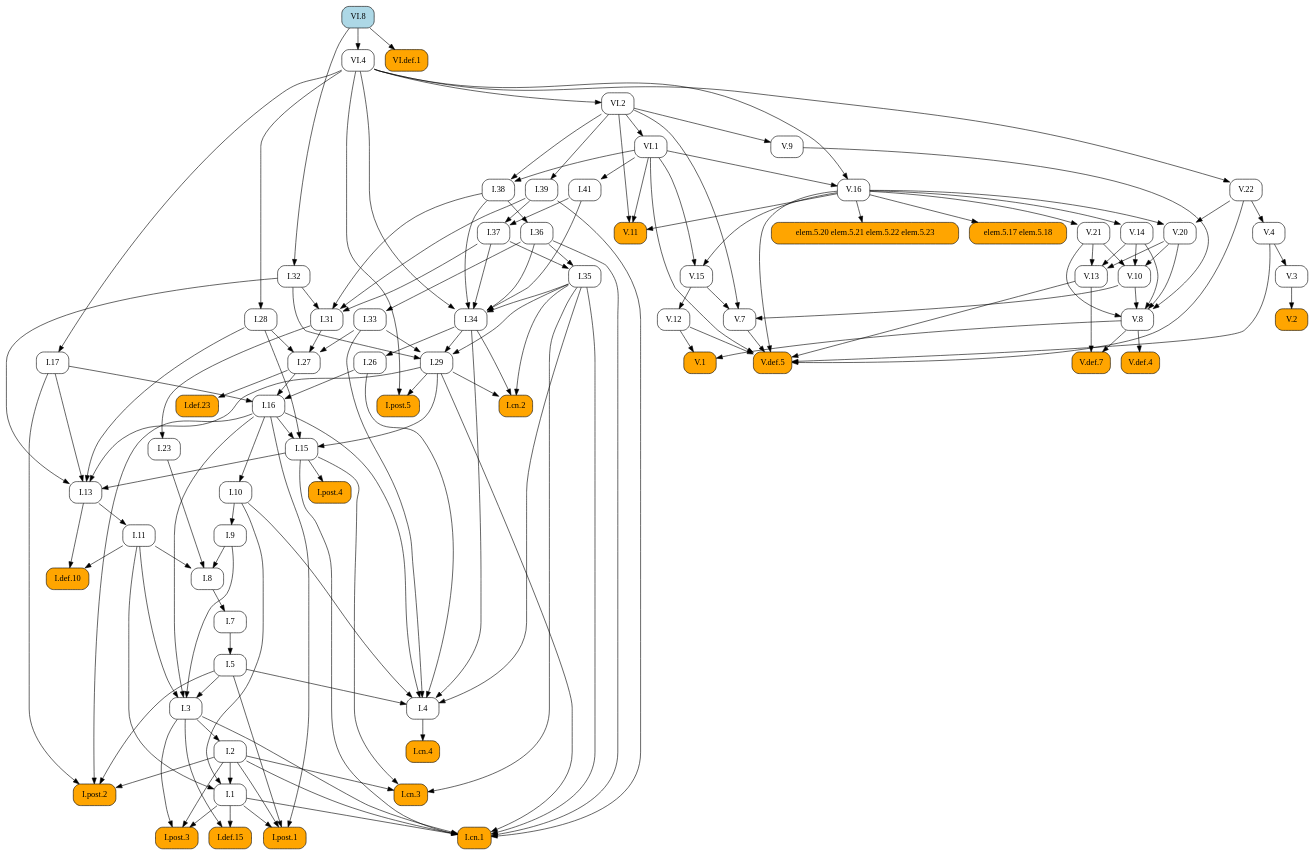
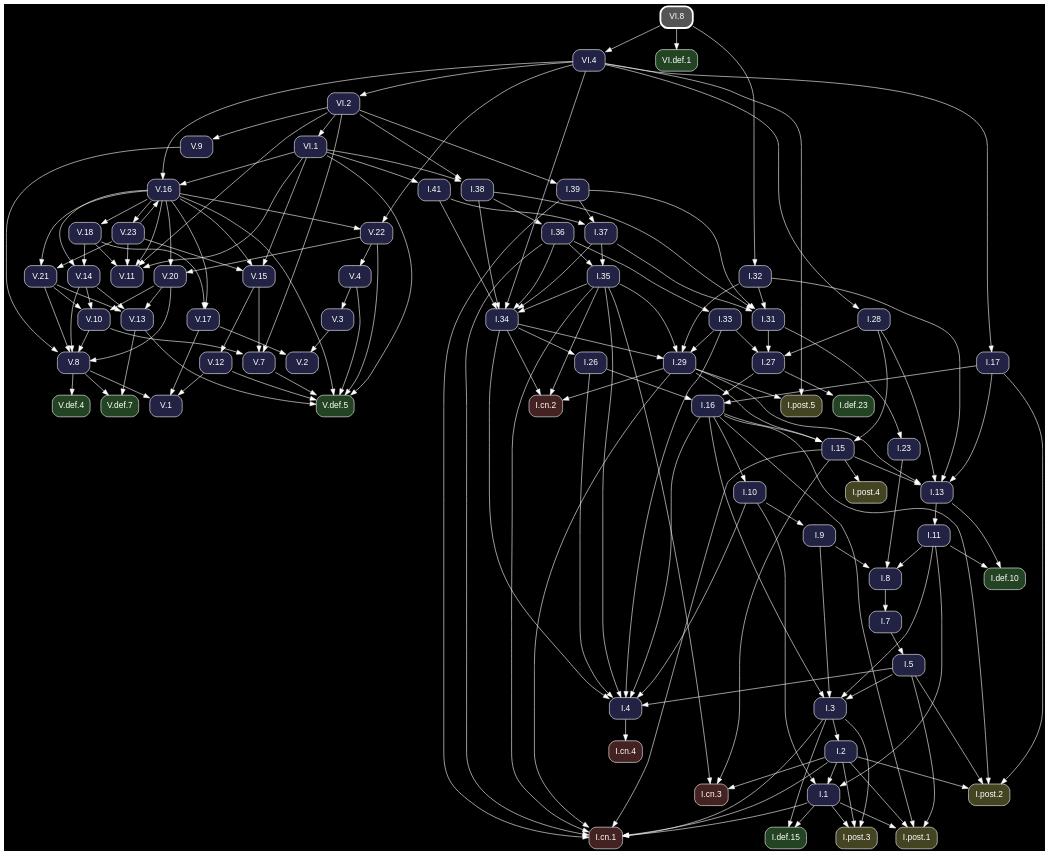
Before and after one commit to geometor/elements: the diagram in docsrc/heath/VI/8/index.rst, drawn with Graphviz. The commit also changed other lines of this file and 1200 other files, not shown here.

Commit message:
update dependency graphs

```diff
--- a/docsrc/heath/VI/8/index.rst
+++ b/docsrc/heath/VI/8/index.rst
@@ -58,185 +58,83 @@
 .. graphviz::
 
    digraph {
+     bgcolor="black";
+     node [shape=box, style="rounded,filled", fontname="Helvetica", color="white", fontcolor="white"];
+     edge [color="white", fontcolor="white"];
      rankdir="TB";
-     node [shape=box, style=rounded];
-     "I.23" [URL="/heath/I/23/", target="_top"];
-     "I.9" [URL="/heath/I/9/", target="_top"];
-     "VI.def.1" [style="rounded,filled", fillcolor=orange, URL="/heath/VI/def.1/", target="_top"];
-     "V.13" [URL="/heath/V/13/", target="_top"];
-     "I.def.15" [style="rounded,filled", fillcolor=orange, URL="/heath/I/def.15/", target="_top"];
-     "V.7" [URL="/heath/V/7/", target="_top"];
-     "elem.5.17 elem.5.18" [style="rounded,filled", fillcolor=orange];
-     "I.post.1" [style="rounded,filled", fillcolor=orange, URL="/heath/I/post.1/", target="_top"];
-     "V.14" [URL="/heath/V/14/", target="_top"];
-     "V.9" [URL="/heath/V/9/", target="_top"];
-     "I.31" [URL="/heath/I/31/", target="_top"];
-     "I.def.10" [style="rounded,filled", fillcolor=orange, URL="/heath/I/def.10/", target="_top"];
-     "V.10" [URL="/heath/V/10/", target="_top"];
-     "V.4" [URL="/heath/V/4/", target="_top"];
-     "VI.1" [URL="/heath/VI/1/", target="_top"];
-     "I.39" [URL="/heath/I/39/", target="_top"];
-     "V.11" [style="rounded,filled", fillcolor=orange, URL="/heath/V/11/", target="_top"];
-     "I.34" [URL="/heath/I/34/", target="_top"];
-     "I.3" [URL="/heath/I/3/", target="_top"];
-     "V.def.4" [style="rounded,filled", fillcolor=orange, URL="/heath/V/def.4/", target="_top"];
-     "V.def.7" [style="rounded,filled", fillcolor=orange, URL="/heath/V/def.7/", target="_top"];
-     "V.21" [URL="/heath/V/21/", target="_top"];
-     "I.2" [URL="/heath/I/2/", target="_top"];
-     "V.3" [URL="/heath/V/3/", target="_top"];
-     "I.13" [URL="/heath/I/13/", target="_top"];
-     "I.post.4" [style="rounded,filled", fillcolor=orange, URL="/heath/I/post.4/", target="_top"];
-     "I.4" [URL="/heath/I/4/", target="_top"];
-     "I.1" [URL="/heath/I/1/", target="_top"];
-     "I.17" [URL="/heath/I/17/", target="_top"];
-     "I.8" [URL="/heath/I/8/", target="_top"];
-     "I.29" [URL="/heath/I/29/", target="_top"];
-     "I.38" [URL="/heath/I/38/", target="_top"];
-     "V.8" [URL="/heath/V/8/", target="_top"];
-     "I.15" [URL="/heath/I/15/", target="_top"];
-     "I.10" [URL="/heath/I/10/", target="_top"];
-     "I.11" [URL="/heath/I/11/", target="_top"];
-     "I.def.23" [style="rounded,filled", fillcolor=orange, URL="/heath/I/def.23/", target="_top"];
-     "VI.8" [style="rounded,filled", fillcolor=lightblue, URL="/heath/VI/8/", target="_top"];
-     "VI.4" [URL="/heath/VI/4/", target="_top"];
-     "I.26" [URL="/heath/I/26/", target="_top"];
-     "V.16" [URL="/heath/V/16/", target="_top"];
-     "I.33" [URL="/heath/I/33/", target="_top"];
-     "I.32" [URL="/heath/I/32/", target="_top"];
-     "I.post.3" [style="rounded,filled", fillcolor=orange, URL="/heath/I/post.3/", target="_top"];
-     "V.def.5" [style="rounded,filled", fillcolor=orange, URL="/heath/V/def.5/", target="_top"];
-     "I.27" [URL="/heath/I/27/", target="_top"];
-     "V.20" [URL="/heath/V/20/", target="_top"];
-     "V.12" [URL="/heath/V/12/", target="_top"];
-     "V.2" [style="rounded,filled", fillcolor=orange, URL="/heath/V/2/", target="_top"];
-     "I.cn.1" [style="rounded,filled", fillcolor=orange, URL="/heath/I/cn.1/", target="_top"];
-     "I.35" [URL="/heath/I/35/", target="_top"];
-     "I.7" [URL="/heath/I/7/", target="_top"];
-     "I.36" [URL="/heath/I/36/", target="_top"];
-     "I.5" [URL="/heath/I/5/", target="_top"];
-     "I.37" [URL="/heath/I/37/", target="_top"];
-     "I.cn.3" [style="rounded,filled", fillcolor=orange, URL="/heath/I/cn.3/", target="_top"];
-     "I.16" [URL="/heath/I/16/", target="_top"];
-     "V.22" [URL="/heath/V/22/", target="_top"];
-     "V.1" [style="rounded,filled", fillcolor=orange, URL="/heath/V/1/", target="_top"];
-     "I.cn.2" [style="rounded,filled", fillcolor=orange, URL="/heath/I/cn.2/", target="_top"];
-     "I.post.5" [style="rounded,filled", fillcolor=orange, URL="/heath/I/post.5/", target="_top"];
-     "I.28" [URL="/heath/I/28/", target="_top"];
-     "VI.2" [URL="/heath/VI/2/", target="_top"];
-     "I.cn.4" [style="rounded,filled", fillcolor=orange, URL="/heath/I/cn.4/", target="_top"];
-     "I.post.2" [style="rounded,filled", fillcolor=orange, URL="/heath/I/post.2/", target="_top"];
-     "V.15" [URL="/heath/V/15/", target="_top"];
-     "I.41" [URL="/heath/I/41/", target="_top"];
-     "elem.5.20 elem.5.21 elem.5.22 elem.5.23" [style="rounded,filled", fillcolor=orange];
-     "I.31" -> "I.23";
-     "I.10" -> "I.9";
-     "VI.8" -> "VI.def.1";
-     "V.14" -> "V.13";
-     "V.20" -> "V.13";
-     "V.21" -> "V.13";
-     "I.1" -> "I.def.15";
-     "I.3" -> "I.def.15";
-     "V.10" -> "V.7";
-     "V.15" -> "V.7";
-     "VI.2" -> "V.7";
-     "V.16" -> "elem.5.17 elem.5.18";
-     "I.1" -> "I.post.1";
-     "I.2" -> "I.post.1";
-     "I.5" -> "I.post.1";
-     "I.16" -> "I.post.1";
-     "V.16" -> "V.14";
-     "VI.2" -> "V.9";
-     "I.32" -> "I.31";
-     "I.37" -> "I.31";
-     "I.38" -> "I.31";
-     "I.39" -> "I.31";
-     "I.11" -> "I.def.10";
-     "I.13" -> "I.def.10";
-     "V.14" -> "V.10";
-     "V.20" -> "V.10";
-     "V.21" -> "V.10";
-     "V.22" -> "V.4";
-     "VI.2" -> "VI.1";
-     "VI.2" -> "I.39";
-     "V.16" -> "V.11";
-     "VI.1" -> "V.11";
-     "VI.2" -> "V.11";
-     "I.35" -> "I.34";
-     "I.36" -> "I.34";
-     "I.37" -> "I.34";
-     "I.38" -> "I.34";
-     "I.41" -> "I.34";
-     "VI.4" -> "I.34";
-     "I.5" -> "I.3";
-     "I.9" -> "I.3";
-     "I.11" -> "I.3";
-     "I.16" -> "I.3";
-     "V.8" -> "V.def.4";
-     "V.8" -> "V.def.7";
-     "V.13" -> "V.def.7";
-     "V.16" -> "V.21";
-     "I.3" -> "I.2";
-     "V.4" -> "V.3";
-     "I.15" -> "I.13";
-     "I.17" -> "I.13";
-     "I.28" -> "I.13";
-     "I.29" -> "I.13";
-     "I.32" -> "I.13";
-     "I.15" -> "I.post.4";
-     "I.5" -> "I.4";
-     "I.10" -> "I.4";
-     "I.16" -> "I.4";
-     "I.26" -> "I.4";
-     "I.33" -> "I.4";
-     "I.34" -> "I.4";
-     "I.35" -> "I.4";
-     "I.2" -> "I.1";
-     "I.10" -> "I.1";
-     "I.11" -> "I.1";
-     "VI.4" -> "I.17";
-     "I.9" -> "I.8";
-     "I.11" -> "I.8";
-     "I.23" -> "I.8";
-     "I.32" -> "I.29";
-     "I.33" -> "I.29";
-     "I.34" -> "I.29";
-     "I.35" -> "I.29";
-     "VI.1" -> "I.38";
-     "VI.2" -> "I.38";
-     "V.9" -> "V.8";
-     "V.10" -> "V.8";
-     "V.14" -> "V.8";
-     "V.20" -> "V.8";
-     "V.21" -> "V.8";
-     "I.16" -> "I.15";
-     "I.28" -> "I.15";
-     "I.29" -> "I.15";
-     "I.16" -> "I.10";
-     "I.13" -> "I.11";
-     "I.27" -> "I.def.23";
-     "VI.8" -> "VI.4";
-     "I.34" -> "I.26";
-     "VI.1" -> "V.16";
-     "VI.4" -> "V.16";
-     "I.36" -> "I.33";
+     "V.15" [fillcolor="#222244", URL="/heath/V/15/", target="_top"];
+     "I.32" [fillcolor="#222244", URL="/heath/I/32/", target="_top"];
+     "I.cn.1" [fillcolor="#442222", URL="/heath/I/cn.1/", target="_top"];
+     "V.18" [fillcolor="#222244", URL="/heath/V/18/", target="_top"];
+     "V.14" [fillcolor="#222244", URL="/heath/V/14/", target="_top"];
+     "I.28" [fillcolor="#222244", URL="/heath/I/28/", target="_top"];
+     "I.27" [fillcolor="#222244", URL="/heath/I/27/", target="_top"];
+     "V.23" [fillcolor="#222244", URL="/heath/V/23/", target="_top"];
+     "I.2" [fillcolor="#222244", URL="/heath/I/2/", target="_top"];
+     "I.41" [fillcolor="#222244", URL="/heath/I/41/", target="_top"];
+     "I.post.4" [fillcolor="#444422", URL="/heath/I/post.4/", target="_top"];
+     "I.26" [fillcolor="#222244", URL="/heath/I/26/", target="_top"];
+     "I.8" [fillcolor="#222244", URL="/heath/I/8/", target="_top"];
+     "V.4" [fillcolor="#222244", URL="/heath/V/4/", target="_top"];
+     "V.16" [fillcolor="#222244", URL="/heath/V/16/", target="_top"];
+     "VI.2" [fillcolor="#222244", URL="/heath/VI/2/", target="_top"];
+     "I.7" [fillcolor="#222244", URL="/heath/I/7/", target="_top"];
+     "I.5" [fillcolor="#222244", URL="/heath/I/5/", target="_top"];
+     "V.11" [fillcolor="#222244", URL="/heath/V/11/", target="_top"];
+     "V.def.4" [fillcolor="#224422", URL="/heath/V/def.4/", target="_top"];
+     "V.20" [fillcolor="#222244", URL="/heath/V/20/", target="_top"];
+     "I.11" [fillcolor="#222244", URL="/heath/I/11/", target="_top"];
+     "I.37" [fillcolor="#222244", URL="/heath/I/37/", target="_top"];
+     "I.cn.3" [fillcolor="#442222", URL="/heath/I/cn.3/", target="_top"];
+     "I.36" [fillcolor="#222244", URL="/heath/I/36/", target="_top"];
+     "I.38" [fillcolor="#222244", URL="/heath/I/38/", target="_top"];
+     "I.post.2" [fillcolor="#444422", URL="/heath/I/post.2/", target="_top"];
+     "I.def.23" [fillcolor="#224422", URL="/heath/I/def.23/", target="_top"];
+     "I.35" [fillcolor="#222244", URL="/heath/I/35/", target="_top"];
+     "I.post.3" [fillcolor="#444422", URL="/heath/I/post.3/", target="_top"];
+     "V.13" [fillcolor="#222244", URL="/heath/V/13/", target="_top"];
+     "V.8" [fillcolor="#222244", URL="/heath/V/8/", target="_top"];
+     "I.33" [fillcolor="#222244", URL="/heath/I/33/", target="_top"];
+     "V.10" [fillcolor="#222244", URL="/heath/V/10/", target="_top"];
+     "I.17" [fillcolor="#222244", URL="/heath/I/17/", target="_top"];
+     "V.def.5" [fillcolor="#224422", URL="/heath/V/def.5/", target="_top"];
+     "V.22" [fillcolor="#222244", URL="/heath/V/22/", target="_top"];
+     "I.31" [fillcolor="#222244", URL="/heath/I/31/", target="_top"];
+     "I.3" [fillcolor="#222244", URL="/heath/I/3/", target="_top"];
+     "V.12" [fillcolor="#222244", URL="/heath/V/12/", target="_top"];
+     "I.def.10" [fillcolor="#224422", URL="/heath/I/def.10/", target="_top"];
+     "I.15" [fillcolor="#222244", URL="/heath/I/15/", target="_top"];
+     "I.39" [fillcolor="#222244", URL="/heath/I/39/", target="_top"];
+     "I.13" [fillcolor="#222244", URL="/heath/I/13/", target="_top"];
+     "I.cn.2" [fillcolor="#442222", URL="/heath/I/cn.2/", target="_top"];
+     "I.9" [fillcolor="#222244", URL="/heath/I/9/", target="_top"];
+     "VI.def.1" [fillcolor="#224422", URL="/heath/VI/def.1/", target="_top"];
+     "I.1" [fillcolor="#222244", URL="/heath/I/1/", target="_top"];
+     "I.post.5" [fillcolor="#444422", URL="/heath/I/post.5/", target="_top"];
+     "VI.8" [penwidth=3, color="white", fillcolor="#555555", URL="/heath/VI/8/", target="_top"];
+     "I.23" [fillcolor="#222244", URL="/heath/I/23/", target="_top"];
+     "I.4" [fillcolor="#222244", URL="/heath/I/4/", target="_top"];
+     "VI.4" [fillcolor="#222244", URL="/heath/VI/4/", target="_top"];
+     "V.7" [fillcolor="#222244", URL="/heath/V/7/", target="_top"];
+     "V.9" [fillcolor="#222244", URL="/heath/V/9/", target="_top"];
+     "VI.1" [fillcolor="#222244", URL="/heath/VI/1/", target="_top"];
+     "I.10" [fillcolor="#222244", URL="/heath/I/10/", target="_top"];
+     "V.def.7" [fillcolor="#224422", URL="/heath/V/def.7/", target="_top"];
+     "I.post.1" [fillcolor="#444422", URL="/heath/I/post.1/", target="_top"];
+     "I.16" [fillcolor="#222244", URL="/heath/I/16/", target="_top"];
+     "I.29" [fillcolor="#222244", URL="/heath/I/29/", target="_top"];
+     "I.cn.4" [fillcolor="#442222", URL="/heath/I/cn.4/", target="_top"];
+     "V.2" [fillcolor="#222244", URL="/heath/V/2/", target="_top"];
+     "V.1" [fillcolor="#222244", URL="/heath/V/1/", target="_top"];
+     "V.21" [fillcolor="#222244", URL="/heath/V/21/", target="_top"];
+     "I.34" [fillcolor="#222244", URL="/heath/I/34/", target="_top"];
+     "I.def.15" [fillcolor="#224422", URL="/heath/I/def.15/", target="_top"];
+     "V.3" [fillcolor="#222244", URL="/heath/V/3/", target="_top"];
+     "V.17" [fillcolor="#222244", URL="/heath/V/17/", target="_top"];
+     "V.16" -> "V.15";
+     "V.23" -> "V.15";
+     "VI.1" -> "V.15";
      "VI.8" -> "I.32";
-     "I.1" -> "I.post.3";
-     "I.2" -> "I.post.3";
-     "I.3" -> "I.post.3";
-     "V.4" -> "V.def.5";
-     "V.7" -> "V.def.5";
-     "V.12" -> "V.def.5";
-     "V.13" -> "V.def.5";
-     "V.16" -> "V.def.5";
-     "V.22" -> "V.def.5";
-     "VI.1" -> "V.def.5";
-     "I.28" -> "I.27";
-     "I.31" -> "I.27";
-     "I.33" -> "I.27";
-     "V.16" -> "V.20";
-     "V.22" -> "V.20";
-     "V.15" -> "V.12";
-     "V.3" -> "V.2";
      "I.1" -> "I.cn.1";
      "I.2" -> "I.cn.1";
      "I.3" -> "I.cn.1";
@@ -245,36 +143,152 @@
      "I.35" -> "I.cn.1";
      "I.36" -> "I.cn.1";
      "I.39" -> "I.cn.1";
-     "I.36" -> "I.35";
-     "I.37" -> "I.35";
+     "V.16" -> "V.18";
+     "V.16" -> "V.14";
+     "V.18" -> "V.14";
+     "VI.4" -> "I.28";
+     "I.28" -> "I.27";
+     "I.31" -> "I.27";
+     "I.33" -> "I.27";
+     "V.16" -> "V.23";
+     "I.3" -> "I.2";
+     "VI.1" -> "I.41";
+     "I.15" -> "I.post.4";
+     "I.34" -> "I.26";
+     "I.9" -> "I.8";
+     "I.11" -> "I.8";
+     "I.23" -> "I.8";
+     "V.22" -> "V.4";
+     "V.23" -> "V.16";
+     "VI.1" -> "V.16";
+     "VI.4" -> "V.16";
+     "VI.4" -> "VI.2";
      "I.8" -> "I.7";
-     "I.38" -> "I.36";
      "I.7" -> "I.5";
+     "V.16" -> "V.11";
+     "V.18" -> "V.11";
+     "V.23" -> "V.11";
+     "VI.1" -> "V.11";
+     "VI.2" -> "V.11";
+     "V.8" -> "V.def.4";
+     "V.16" -> "V.20";
+     "V.22" -> "V.20";
+     "I.13" -> "I.11";
      "I.39" -> "I.37";
      "I.41" -> "I.37";
      "I.2" -> "I.cn.3";
      "I.15" -> "I.cn.3";
      "I.35" -> "I.cn.3";
-     "I.17" -> "I.16";
-     "I.26" -> "I.16";
-     "I.27" -> "I.16";
-     "VI.4" -> "V.22";
-     "V.8" -> "V.1";
-     "V.12" -> "V.1";
-     "I.29" -> "I.cn.2";
-     "I.34" -> "I.cn.2";
-     "I.35" -> "I.cn.2";
-     "I.29" -> "I.post.5";
-     "VI.4" -> "I.post.5";
-     "VI.4" -> "I.28";
-     "VI.4" -> "VI.2";
-     "I.4" -> "I.cn.4";
+     "I.38" -> "I.36";
+     "VI.1" -> "I.38";
+     "VI.2" -> "I.38";
      "I.2" -> "I.post.2";
      "I.5" -> "I.post.2";
      "I.16" -> "I.post.2";
      "I.17" -> "I.post.2";
-     "V.16" -> "V.15";
-     "VI.1" -> "V.15";
-     "VI.1" -> "I.41";
-     "V.16" -> "elem.5.20 elem.5.21 elem.5.22 elem.5.23";
+     "I.27" -> "I.def.23";
+     "I.36" -> "I.35";
+     "I.37" -> "I.35";
+     "I.1" -> "I.post.3";
+     "I.2" -> "I.post.3";
+     "I.3" -> "I.post.3";
+     "V.14" -> "V.13";
+     "V.20" -> "V.13";
+     "V.21" -> "V.13";
+     "V.9" -> "V.8";
+     "V.10" -> "V.8";
+     "V.14" -> "V.8";
+     "V.20" -> "V.8";
+     "V.21" -> "V.8";
+     "I.36" -> "I.33";
+     "V.14" -> "V.10";
+     "V.20" -> "V.10";
+     "V.21" -> "V.10";
+     "VI.4" -> "I.17";
+     "V.4" -> "V.def.5";
+     "V.7" -> "V.def.5";
+     "V.12" -> "V.def.5";
+     "V.13" -> "V.def.5";
+     "V.16" -> "V.def.5";
+     "V.22" -> "V.def.5";
+     "VI.1" -> "V.def.5";
+     "V.16" -> "V.22";
+     "VI.4" -> "V.22";
+     "I.32" -> "I.31";
+     "I.37" -> "I.31";
+     "I.38" -> "I.31";
+     "I.39" -> "I.31";
+     "I.5" -> "I.3";
+     "I.9" -> "I.3";
+     "I.11" -> "I.3";
+     "I.16" -> "I.3";
+     "V.15" -> "V.12";
+     "I.11" -> "I.def.10";
+     "I.13" -> "I.def.10";
+     "I.16" -> "I.15";
+     "I.28" -> "I.15";
+     "I.29" -> "I.15";
+     "VI.2" -> "I.39";
+     "I.15" -> "I.13";
+     "I.17" -> "I.13";
+     "I.28" -> "I.13";
+     "I.29" -> "I.13";
+     "I.32" -> "I.13";
+     "I.29" -> "I.cn.2";
+     "I.34" -> "I.cn.2";
+     "I.35" -> "I.cn.2";
+     "I.10" -> "I.9";
+     "VI.8" -> "VI.def.1";
+     "I.2" -> "I.1";
+     "I.10" -> "I.1";
+     "I.11" -> "I.1";
+     "I.29" -> "I.post.5";
+     "VI.4" -> "I.post.5";
+     "I.31" -> "I.23";
+     "I.5" -> "I.4";
+     "I.10" -> "I.4";
+     "I.16" -> "I.4";
+     "I.26" -> "I.4";
+     "I.33" -> "I.4";
+     "I.34" -> "I.4";
+     "I.35" -> "I.4";
+     "VI.8" -> "VI.4";
+     "V.10" -> "V.7";
+     "V.15" -> "V.7";
+     "VI.2" -> "V.7";
+     "VI.2" -> "V.9";
+     "VI.2" -> "VI.1";
+     "I.16" -> "I.10";
+     "V.8" -> "V.def.7";
+     "V.13" -> "V.def.7";
+     "I.1" -> "I.post.1";
+     "I.2" -> "I.post.1";
+     "I.5" -> "I.post.1";
+     "I.16" -> "I.post.1";
+     "I.17" -> "I.16";
+     "I.26" -> "I.16";
+     "I.27" -> "I.16";
+     "I.32" -> "I.29";
+     "I.33" -> "I.29";
+     "I.34" -> "I.29";
+     "I.35" -> "I.29";
+     "I.4" -> "I.cn.4";
+     "V.3" -> "V.2";
+     "V.17" -> "V.2";
+     "V.8" -> "V.1";
+     "V.12" -> "V.1";
+     "V.17" -> "V.1";
+     "V.16" -> "V.21";
+     "V.23" -> "V.21";
+     "I.35" -> "I.34";
+     "I.36" -> "I.34";
+     "I.37" -> "I.34";
+     "I.38" -> "I.34";
+     "I.41" -> "I.34";
+     "VI.4" -> "I.34";
+     "I.1" -> "I.def.15";
+     "I.3" -> "I.def.15";
+     "V.4" -> "V.3";
+     "V.16" -> "V.17";
+     "V.18" -> "V.17";
    }
```
